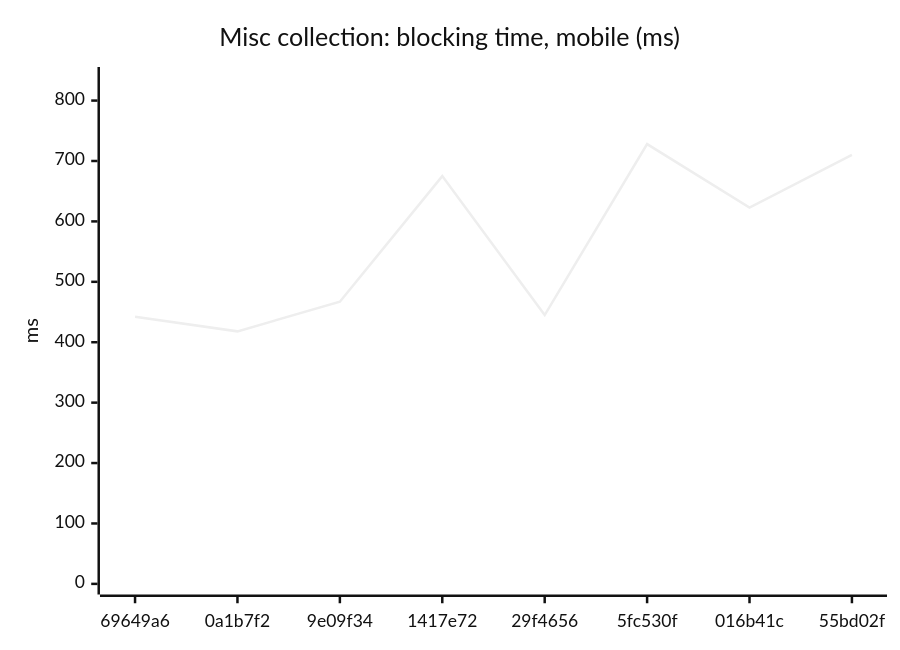
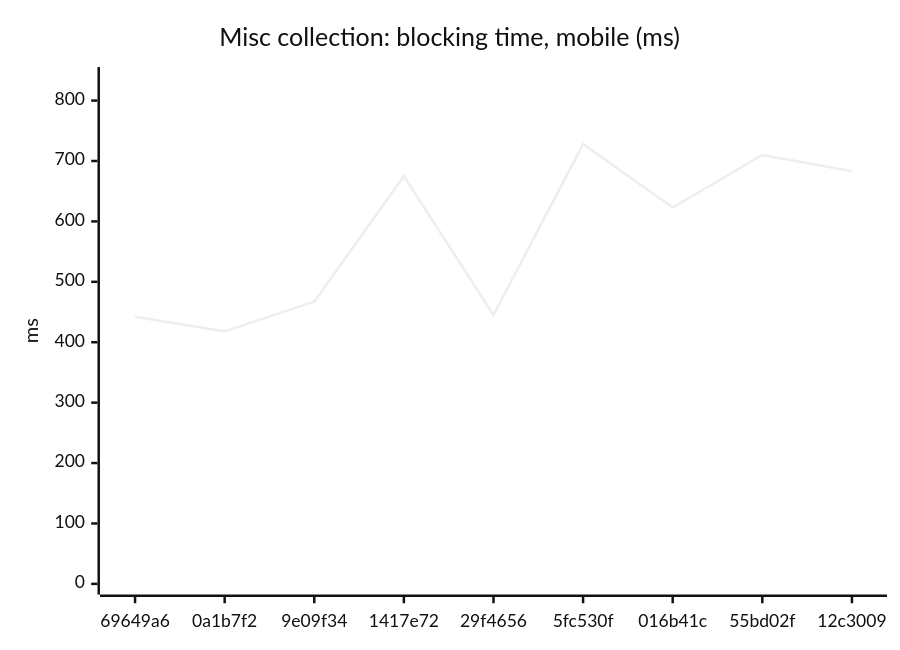
The tenth of 18 diagrams in README.md (AxelUser/maltsev.space), drawn with Mermaid (neutral theme) before and after one commit. The commit also changed other lines of this file and 1 other file, not shown here.

````diff
--- a/README.md
+++ b/README.md
@@ -115,7 +115,7 @@
 ```mermaid
 xychart-beta
   title "Misc collection: blocking time, mobile (ms)"
-  x-axis ["69649a6", "0a1b7f2", "9e09f34", "1417e72", "29f4656", "5fc530f", "016b41c", "55bd02f"]
+  x-axis ["69649a6", "0a1b7f2", "9e09f34", "1417e72", "29f4656", "5fc530f", "016b41c", "55bd02f", "12c3009"]
   y-axis "ms" 0 --> 838
-  line [442, 418, 467, 675, 445, 728, 623, 710]
+  line [442, 418, 467, 675, 445, 728, 623, 710, 683]
 ```
````
